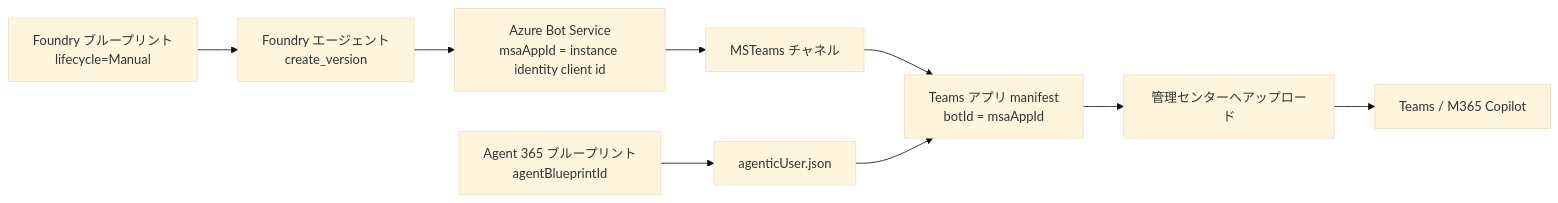
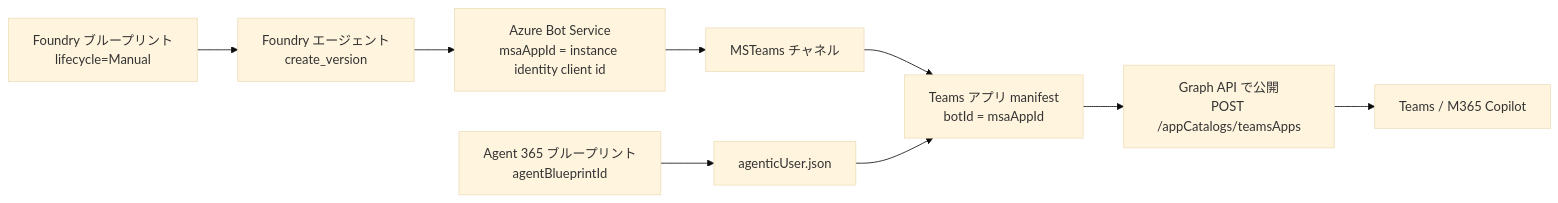
Before and after one commit to geekfujiwara/CodeAppsDevelopmentStandard: the diagram in .github/skills/agent365/references/architecture.md, drawn with Mermaid (base theme). The commit also changed other lines of this file and 5 other files, not shown here.

Commit message:
feat(agent365): publish Teams app via Graph API + recommend agent365 for AI-team requests

````diff
--- a/.github/skills/agent365/references/architecture.md
+++ b/.github/skills/agent365/references/architecture.md
@@ -58,11 +58,11 @@
 ```mermaid
 flowchart LR
     A["Foundry ブループリント<br/>lifecycle=Manual"] --> B["Foundry エージェント<br/>create_version"]
     B --> C["Azure Bot Service<br/>msaAppId = instance identity client id"]
     C --> D["MSTeams チャネル"]
     D --> E["Teams アプリ manifest<br/>botId = msaAppId"]
     F["Agent 365 ブループリント<br/>agentBlueprintId"] --> G["agenticUser.json"]
     G --> E
-    E --> H["管理センターへアップロード"]
+    E --> H["Graph API で公開<br/>POST /appCatalogs/teamsApps"]
     H --> I["Teams / M365 Copilot"]
 ```
````
